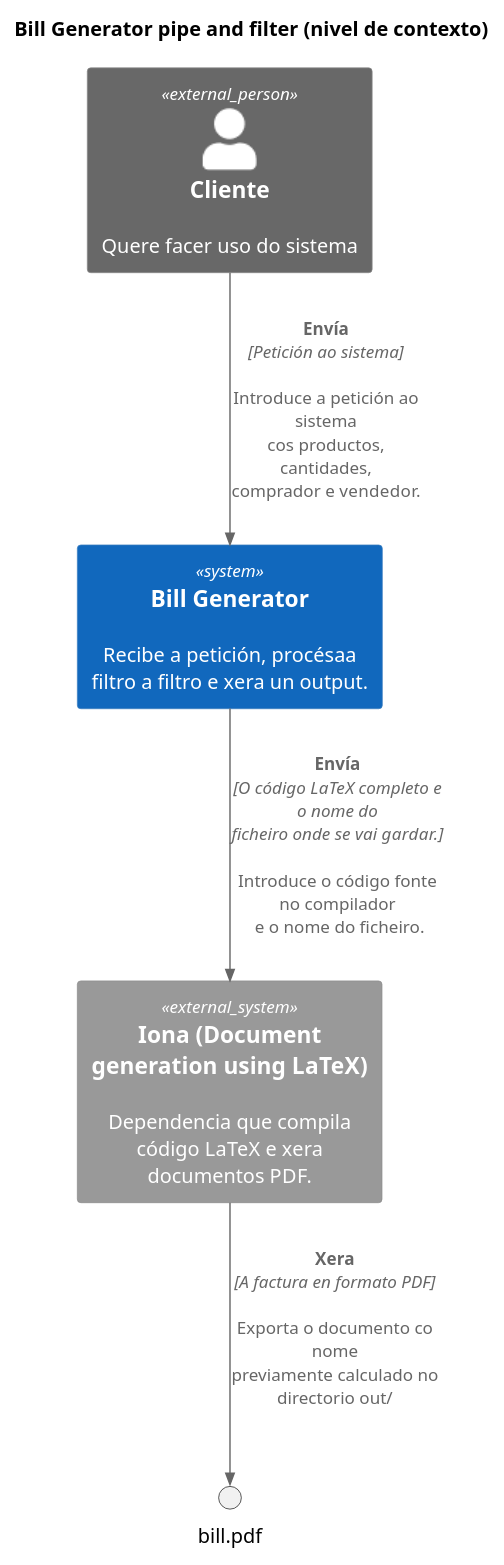
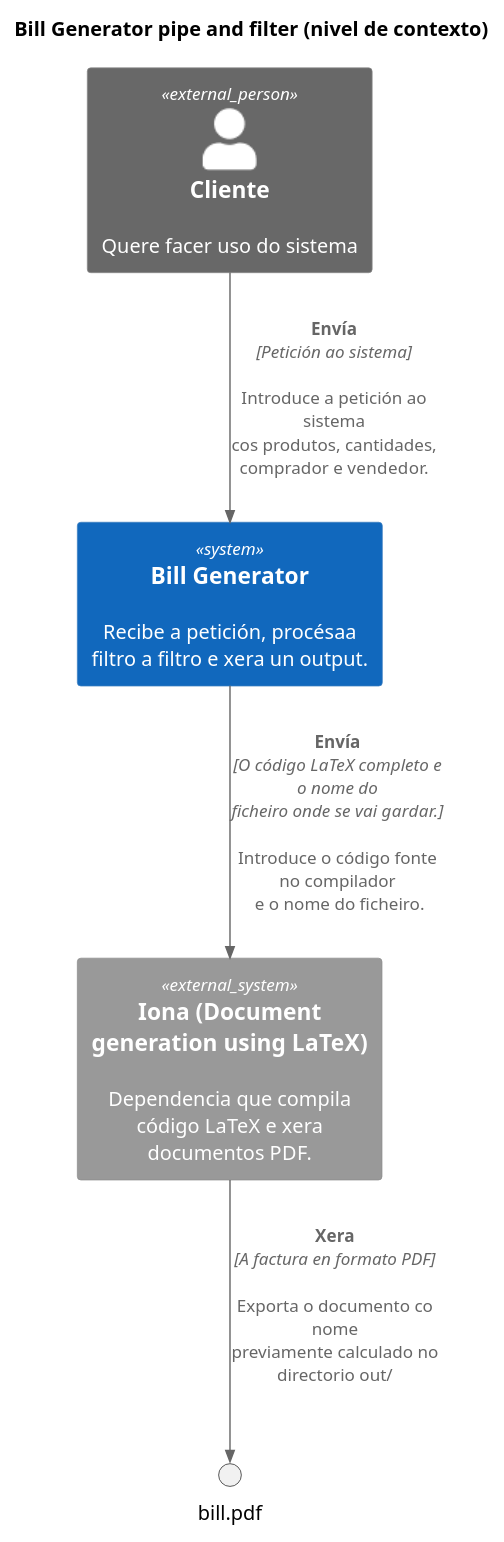
The diagram in doc/contexto.pu (alejandrobujan/simple_bill_generator), drawn with PlantUML before and after one commit. The commit also changed 6 other files, not shown here.

Commit message:
Updated README.md and diagrams

```diff
--- a/doc/contexto.pu
+++ b/doc/contexto.pu
@@ -1,15 +1,15 @@
 @startuml Bill Generator pipe and filter
 title Bill Generator pipe and filter (nivel de contexto)
 !include https://raw.githubusercontent.com/plantuml-stdlib/C4-PlantUML/master/C4_Context.puml
 
 Person_Ext(client, "Cliente", "Quere facer uso do sistema")
 System(pipeline_system, "Bill Generator", "Recibe a petición, procésaa filtro a filtro e xera un output.")
 System_Ext(external_libraries, "Iona (Document generation using LaTeX)", "Dependencia que compila código LaTeX e xera documentos PDF.")
 
-Rel(client, pipeline_system, "Envía", "Petición ao sistema", "Introduce a petición ao sistema cos productos, cantidades, comprador e vendedor.")
+Rel(client, pipeline_system, "Envía", "Petición ao sistema", "Introduce a petición ao sistema cos produtos, cantidades, comprador e vendedor.")
 Rel(pipeline_system, external_libraries, "Envía", "O código LaTeX completo e o nome do ficheiro onde se vai gardar.", "Introduce o código fonte no compilador\n e o nome do ficheiro.")
 Rel(external_libraries, bill.pdf, "Xera", "A factura en formato PDF", "Exporta o documento co nome previamente calculado no directorio out/")
 
 
 
 @enduml
```
